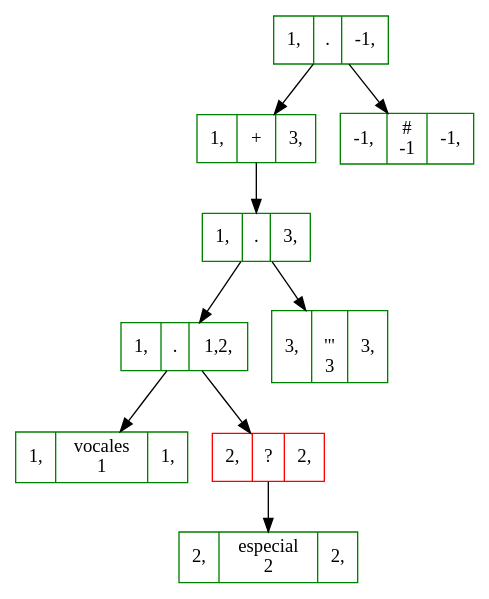
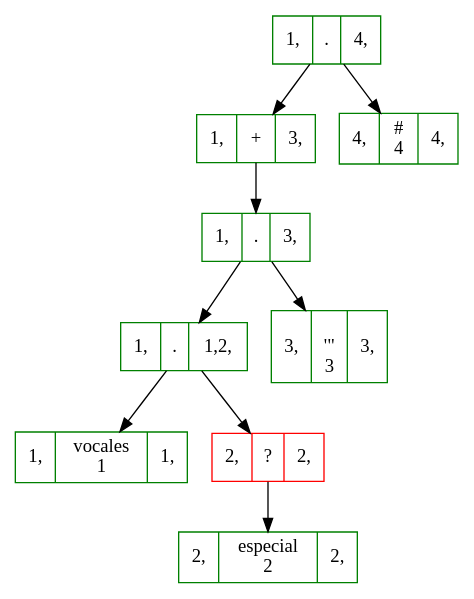
One commit to diegomazariegos2002/OLC1-P1-202003975 changed the diagram in OLC1-P1-202003975/Raro_Arbol.dot. Above: the diagram before and after it, drawn with Graphviz. The commit also changed 50 other files, not shown here.

```diff
--- a/OLC1-P1-202003975/Raro_Arbol.dot
+++ b/OLC1-P1-202003975/Raro_Arbol.dot
@@ -1,37 +1,37 @@
 digraph structs { 
 node[shape = box]; 
 node[shape = box, color = green]; 
-Nodo741669172[shape=record, label = "<f0> 1, | <f1>. | <f2> -1,"];
+Nodo398690014[shape=record, label = "<f0> 1, | <f1>. | <f2> 4,"];
 node[shape = box, color = green]; 
-Nodo315860201[shape=record, label = "<f0> 1, | <f1>+ | <f2> 3,"];
+Nodo1526298704[shape=record, label = "<f0> 1, | <f1>+ | <f2> 3,"];
 node[shape = box, color = green]; 
-Nodo604125138[shape=record, label = "<f0> 1, | <f1>. | <f2> 3,"];
+Nodo1593180232[shape=record, label = "<f0> 1, | <f1>. | <f2> 3,"];
 node[shape = box, color = green]; 
-Nodo631659383[shape=record, label = "<f0> 1, | <f1>. | <f2> 1,2,"];
+Nodo492079624[shape=record, label = "<f0> 1, | <f1>. | <f2> 1,2,"];
 node[shape = box, color = green]; 
-Nodo785447854[shape=record, label = "<f0> 1, | <f1>vocales\n1 | <f2> 1,"];
+Nodo380242442[shape=record, label = "<f0> 1, | <f1>vocales\n1 | <f2> 1,"];
 node[shape = box, color = red]; 
-Nodo556529265[shape=record, label = "<f0> 2, | <f1>? | <f2> 2,"];
+Nodo125881207[shape=record, label = "<f0> 2, | <f1>? | <f2> 2,"];
 node[shape = box, color = green]; 
-Nodo346224929[shape=record, label = "<f0> 2, | <f1>especial\n2 | <f2> 2,"];
+Nodo1763344271[shape=record, label = "<f0> 2, | <f1>especial\n2 | <f2> 2,"];
 node[shape = box, color = green]; 
-Nodo63468833[shape=record, label = "<f0> 3, | <f1>\n\'\"\n3 | <f2> 3,"];
+Nodo1353170030[shape=record, label = "<f0> 3, | <f1>\n\'\"\n3 | <f2> 3,"];
 node[shape = box, color = green]; 
-Nodo720167805[shape=record, label = "<f0> -1, | <f1>#\n-1 | <f2> -1,"];
+Nodo370869802[shape=record, label = "<f0> 4, | <f1>#\n4 | <f2> 4,"];
 
-Nodo741669172 -> Nodo315860201; 
+Nodo398690014 -> Nodo1526298704; 
 
-Nodo741669172 -> Nodo720167805; 
+Nodo398690014 -> Nodo370869802; 
 
-Nodo315860201 -> Nodo604125138; 
+Nodo1526298704 -> Nodo1593180232; 
 
-Nodo604125138 -> Nodo631659383; 
+Nodo1593180232 -> Nodo492079624; 
 
-Nodo604125138 -> Nodo63468833; 
+Nodo1593180232 -> Nodo1353170030; 
 
-Nodo631659383 -> Nodo785447854; 
+Nodo492079624 -> Nodo380242442; 
 
-Nodo631659383 -> Nodo556529265; 
+Nodo492079624 -> Nodo125881207; 
 
-Nodo556529265 -> Nodo346224929; 
+Nodo125881207 -> Nodo1763344271; 
 }
```
